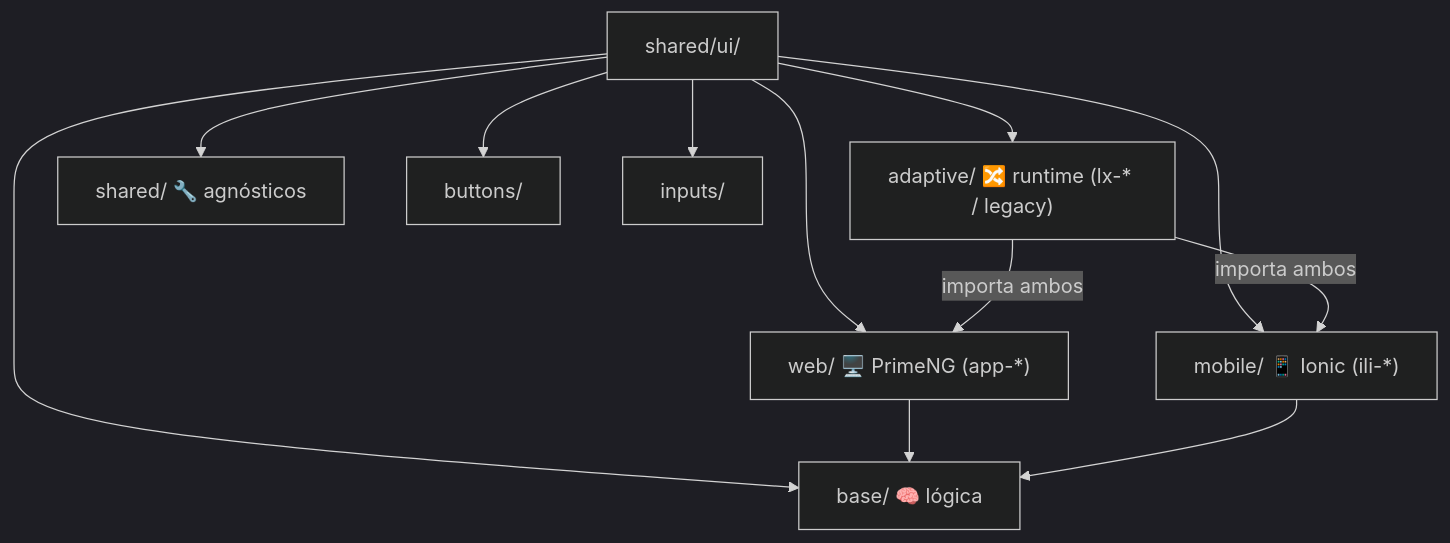
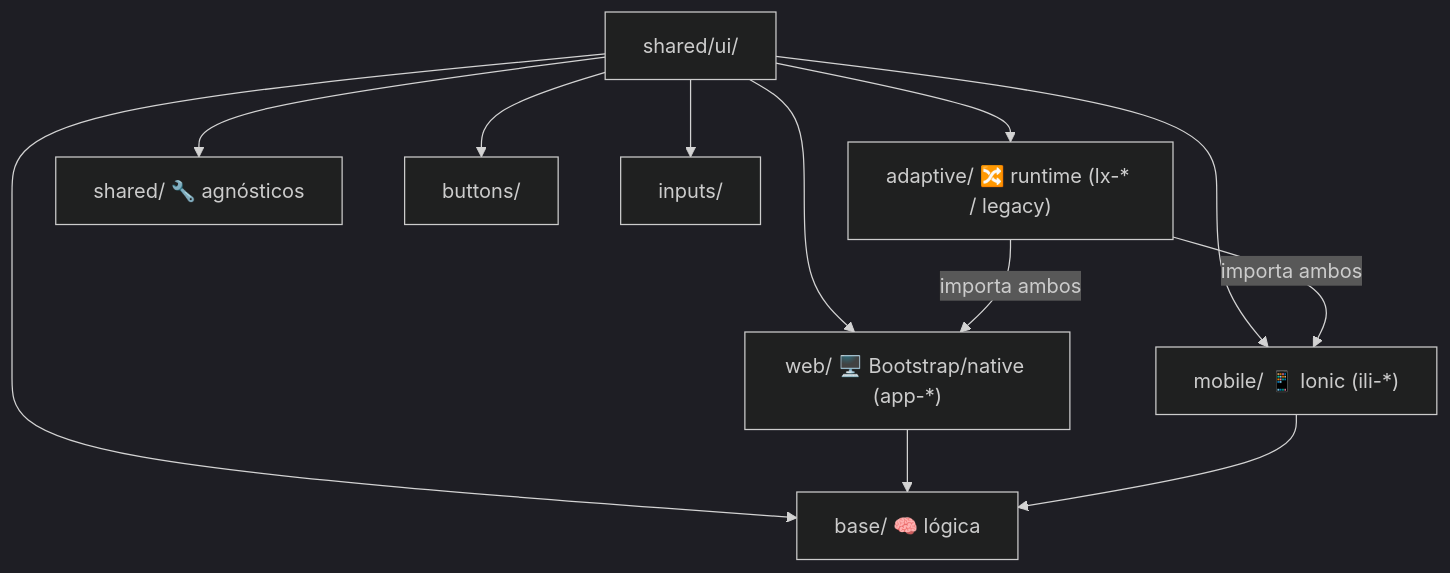
The first of 2 diagrams in src/app/shared/ui/arquitectura-shared-ui.md (geshyrihu/luxuryapp-angular), drawn with Mermaid (dark theme) before and after one commit. The commit also changed other lines of this file and 227 other files, not shown here.

````diff
--- a/src/app/shared/ui/arquitectura-shared-ui.md
+++ b/src/app/shared/ui/arquitectura-shared-ui.md
@@ -49,15 +49,15 @@
 ```mermaid
 graph TD
     UI["shared/ui/"]
     UI --> BASE["base/ 🧠 lógica"]
-    UI --> WEB["web/ 🖥️ PrimeNG (app-*)"]
+    UI --> WEB["web/ 🖥️ Bootstrap/native (app-*)"]
     UI --> MOB["mobile/ 📱 Ionic (ili-*)"]
     UI --> ADA["adaptive/ 🔀 runtime (lx-* / legacy)"]
     UI --> SH["shared/ 🔧 agnósticos"]
     UI --> BTN["buttons/"]
     UI --> INP["inputs/"]
     ADA -->|importa ambos| WEB
     ADA -->|importa ambos| MOB
     WEB --> BASE
     MOB --> BASE
 ```
````
